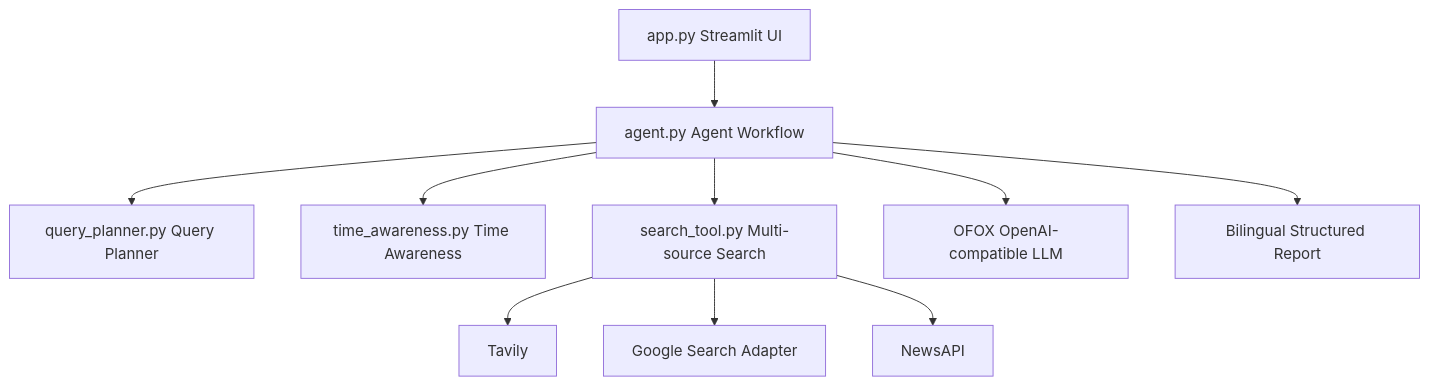
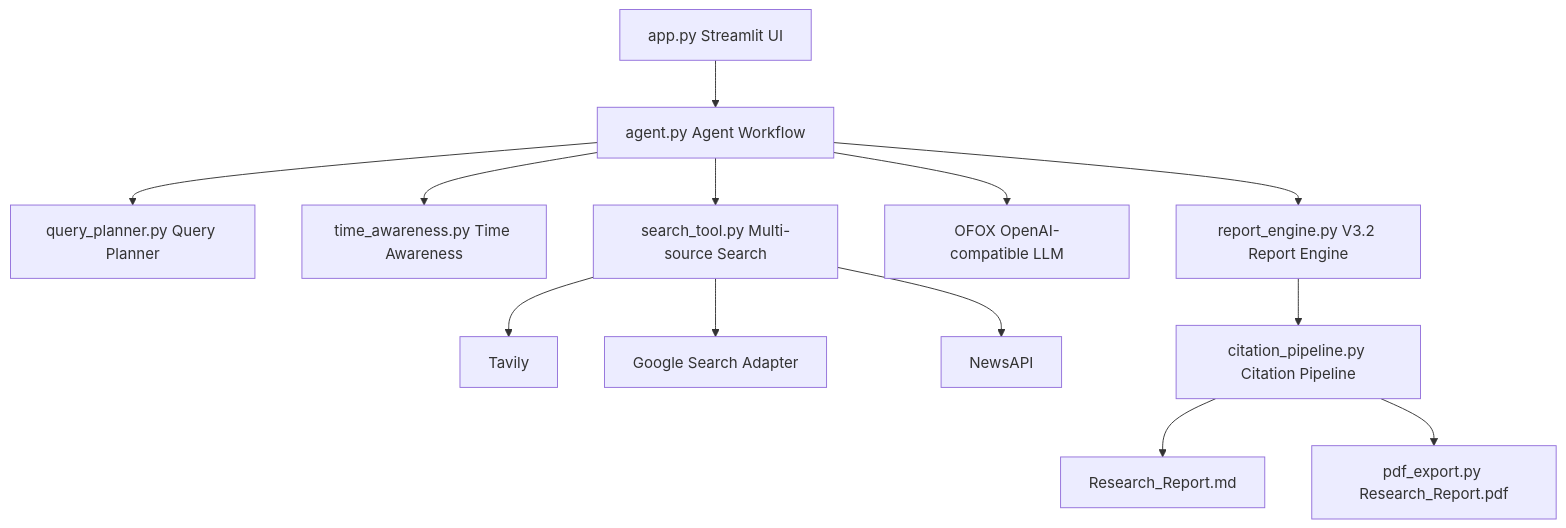
One commit to Mark990903/web-search-agent changed the diagram in README.md. Above: the diagram before and after it, drawn with Mermaid. The commit also changed other lines of this file and 8 other files, not shown here.

Commit message:
Add research report engine

````diff
--- a/README.md
+++ b/README.md
@@ -7,12 +7,15 @@
 ```mermaid
 flowchart TD
     UI["app.py Streamlit UI"] --> Agent["agent.py Agent Workflow"]
     Agent --> Planner["query_planner.py Query Planner"]
     Agent --> Time["time_awareness.py Time Awareness"]
     Agent --> Search["search_tool.py Multi-source Search"]
     Search --> Tavily["Tavily"]
     Search --> Google["Google Search Adapter"]
     Search --> NewsAPI["NewsAPI"]
     Agent --> LLM["OFOX OpenAI-compatible LLM"]
-    Agent --> Report["Bilingual Structured Report"]
+    Agent --> ReportEngine["report_engine.py V3.2 Report Engine"]
+    ReportEngine --> Citation["citation_pipeline.py Citation Pipeline"]
+    Citation --> Markdown["Research_Report.md"]
+    Citation --> PDF["pdf_export.py Research_Report.pdf"]
 ```
````
